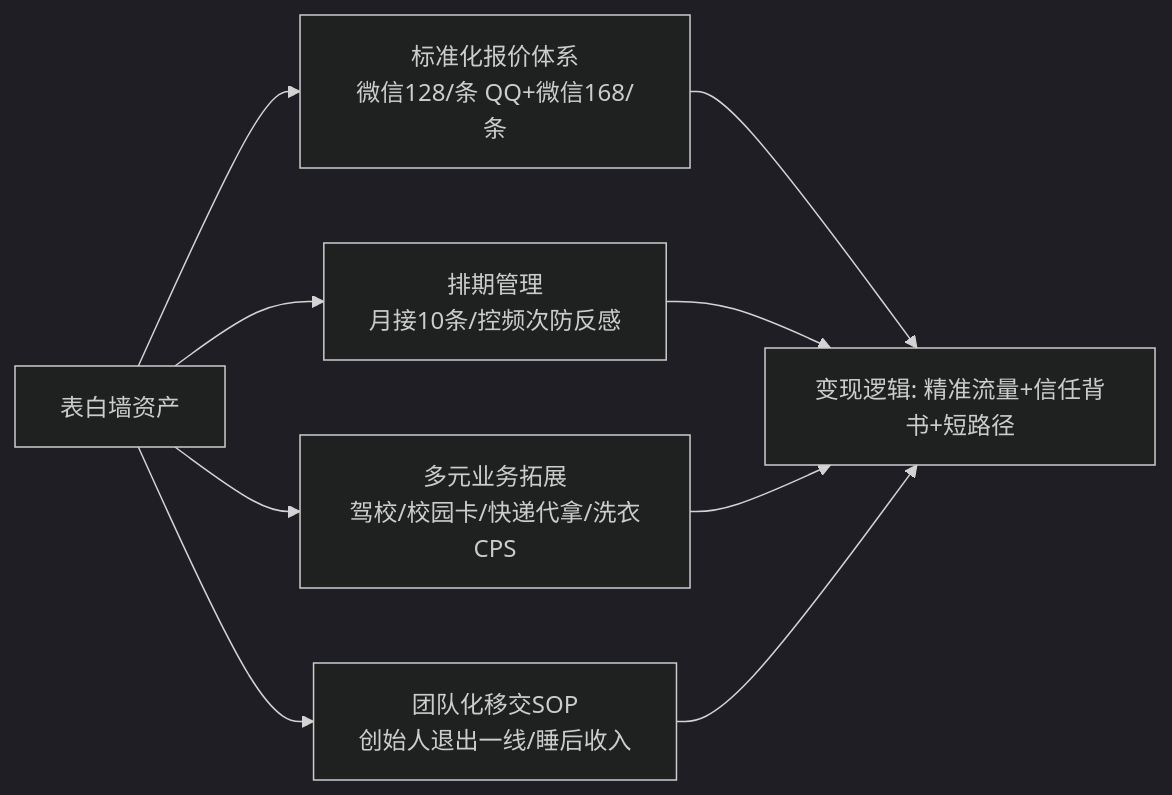
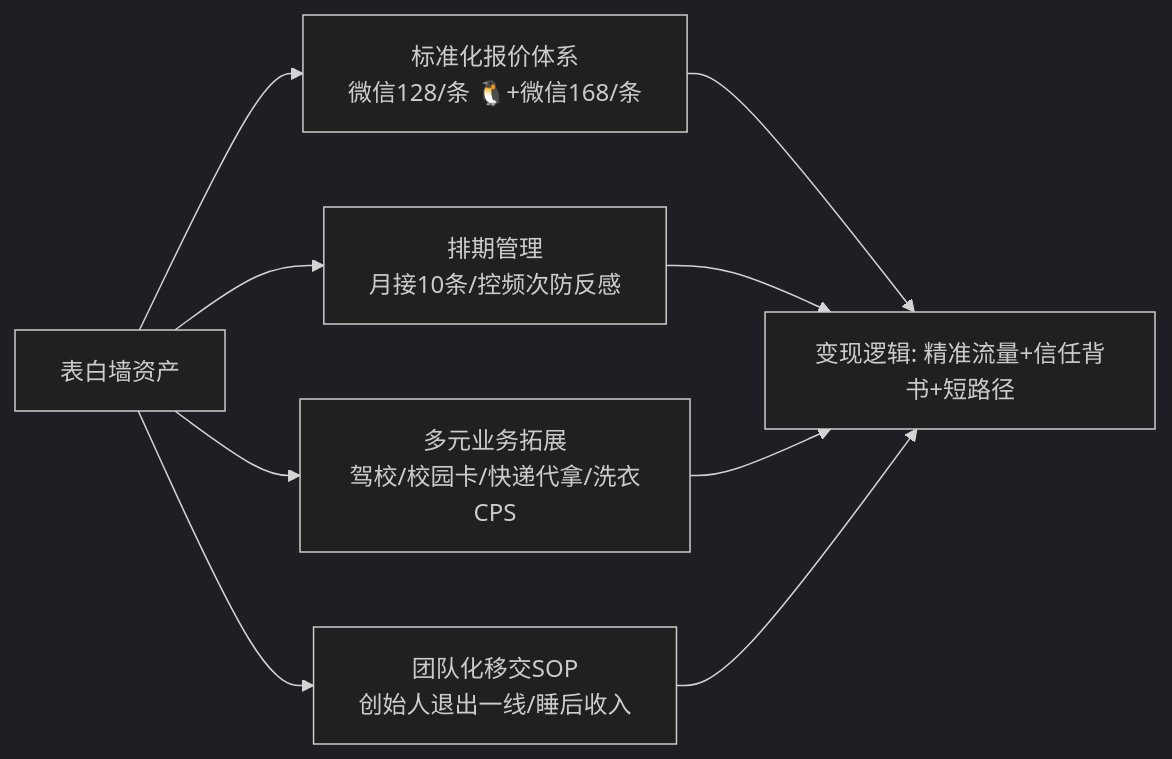
The eighth of 19 diagrams in docs/202303_paper2textbook/asset/body_fix_2a77581c5af5cacf2c736ac308a8f564_3cf5f28d6ee5ee42b85c8e2c18b9bac8_511abf36cee83a33a8e237d69215a3fd_b45ecdf777756e9875ab13be7b2caeb9.md (OpenDocCN1/flygon-zhuanqian-zhoubao), drawn with Mermaid (dark theme) before and after one commit. The commit also changed other lines of this file and 6688 other files, not shown here.

````diff
--- a/docs/202303_paper2textbook/asset/body_fix_2a77581c5af5cacf2c736ac308a8f564_3cf5f28d6ee5ee42b85c8e2c18b9bac8_511abf36cee83a33a8e237d69215a3fd_b45ecdf777756e9875ab13be7b2caeb9.md
+++ b/docs/202303_paper2textbook/asset/body_fix_2a77581c5af5cacf2c736ac308a8f564_3cf5f28d6ee5ee42b85c8e2c18b9bac8_511abf36cee83a33a8e237d69215a3fd_b45ecdf777756e9875ab13be7b2caeb9.md
@@ -490,12 +490,12 @@
 ```mermaid
 graph LR
-    A[表白墙资产] --> B[标准化报价体系<br/>微信128/条 QQ+微信168/条]
+    A[表白墙资产] --> B[标准化报价体系<br/>微信128/条 🐧+微信168/条]
     A --> C[排期管理<br/>月接10条/控频次防反感]
     A --> D[多元业务拓展<br/>驾校/校园卡/快递代拿/洗衣CPS]
     A --> E[团队化移交SOP<br/>创始人退出一线/睡后收入]
     
     B --> F[变现逻辑: 精准流量+信任背书+短路径]
     C --> F
     D --> F
     E --> F
 ```
````
